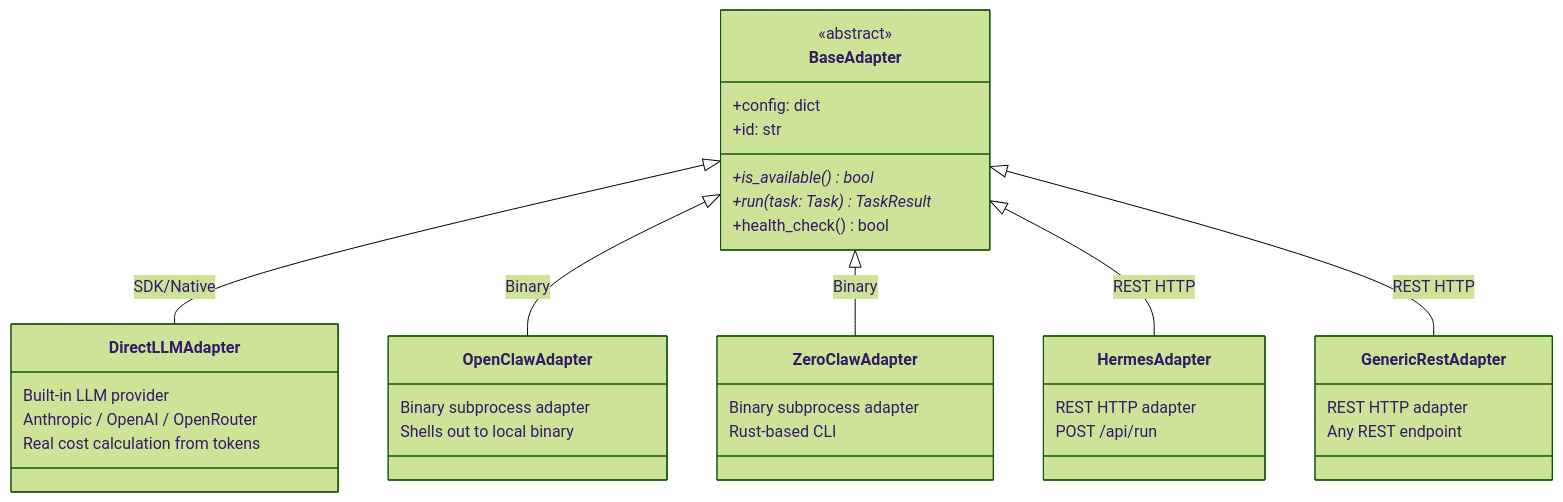
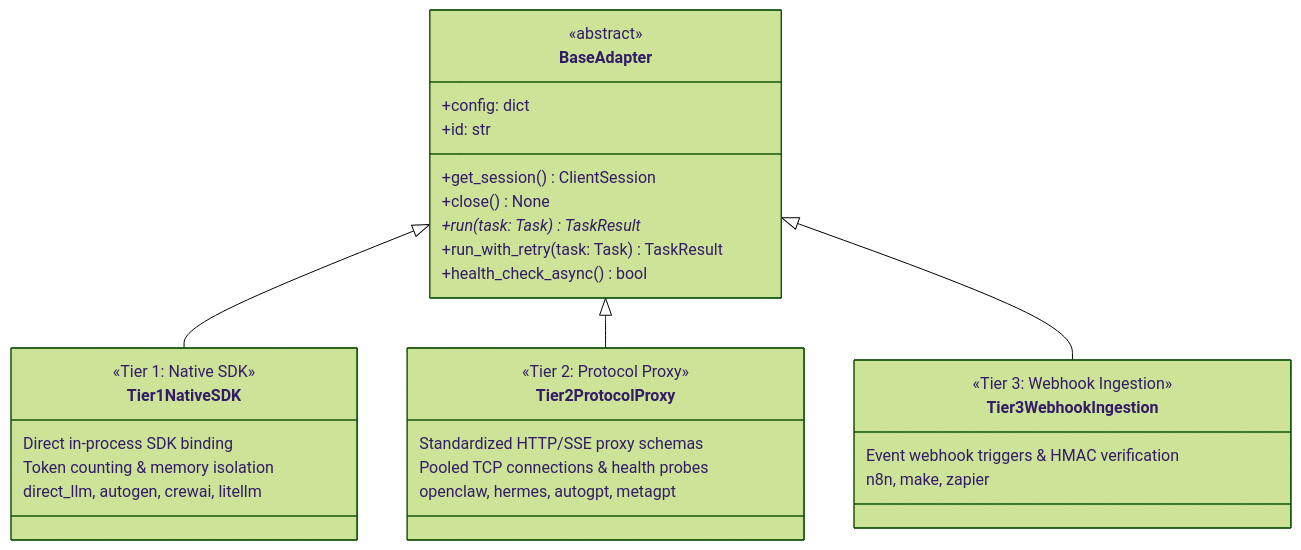
The third of 4 diagrams in ARCHITECTURE.md (pradeepkumar-ai-byte/LEADER), drawn with Mermaid (forest theme) before and after one commit. The commit also changed other lines of this file and 20 other files, not shown here.

Commit message:
feat(enterprise): add adapter maturity tiers, connection pooling, Prometheus telemetry, Dead-Letter Queue (schema v4), and 211+ tests

````diff
--- a/ARCHITECTURE.md
+++ b/ARCHITECTURE.md
@@ -142,43 +87,37 @@
 ```mermaid
 classDiagram
     class BaseAdapter {
         <<abstract>>
         +config: dict
         +id: str
-        +is_available()* bool
+        +get_session() ClientSession
+        +close() None
         +run(task: Task)* TaskResult
-        +health_check() bool
+        +run_with_retry(task: Task) TaskResult
+        +health_check_async() bool
     }
 
-    class DirectLLMAdapter {
-        Built-in LLM provider
-        Anthropic / OpenAI / OpenRouter
-        Real cost calculation from tokens
+    class Tier1NativeSDK {
+        <<Tier 1: Native SDK>>
+        Direct in-process SDK binding
+        Token counting & memory isolation
+        direct_llm, autogen, crewai, litellm
     }
 
-    class OpenClawAdapter {
-        Binary subprocess adapter
-        Shells out to local binary
+    class Tier2ProtocolProxy {
+        <<Tier 2: Protocol Proxy>>
+        Standardized HTTP/SSE proxy schemas
+        Pooled TCP connections & health probes
+        openclaw, hermes, autogpt, metagpt
     }
 
-    class ZeroClawAdapter {
-        Binary subprocess adapter
-        Rust-based CLI
+    class Tier3WebhookIngestion {
+        <<Tier 3: Webhook Ingestion>>
+        Event webhook triggers & HMAC verification
+        n8n, make, zapier
     }
 
-    class HermesAdapter {
-        REST HTTP adapter
-        POST /api/run
-    }
-
-    class GenericRestAdapter {
-        REST HTTP adapter
-        Any REST endpoint
-    }
-
-    BaseAdapter <|-- DirectLLMAdapter : SDK/Native
-    BaseAdapter <|-- OpenClawAdapter : Binary
-    BaseAdapter <|-- ZeroClawAdapter : Binary
-    BaseAdapter <|-- HermesAdapter : REST HTTP
-    BaseAdapter <|-- GenericRestAdapter : REST HTTP
+    BaseAdapter <|-- Tier1NativeSDK
+    BaseAdapter <|-- Tier2ProtocolProxy
+    BaseAdapter <|-- Tier3WebhookIngestion
 ```
````
